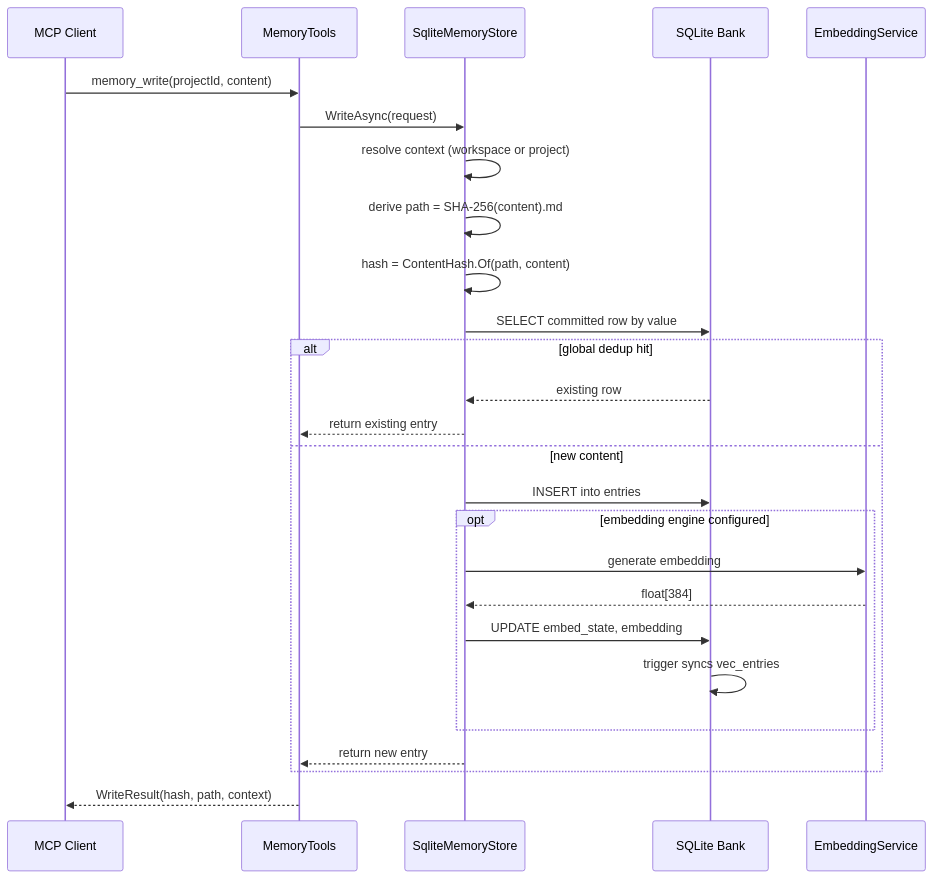
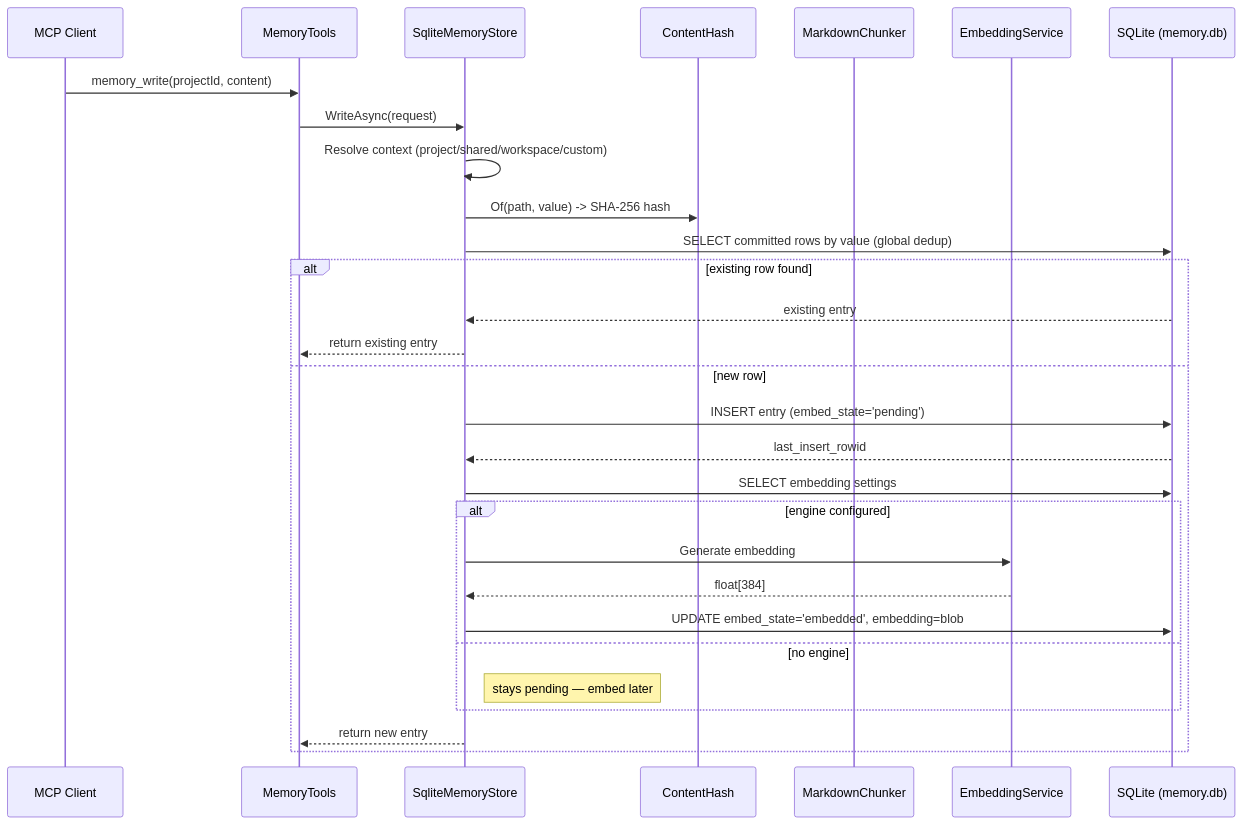
The second of 6 diagrams in docs/explanation/architecture.md (Arasz/ai-raccoon), drawn with Mermaid before and after one commit. The commit also changed other lines of this file, not shown here.

Commit message:
docs: add architecture.md with schema, data flow, query flow, sync cycle, workspace lifecycle, access modes, and algorithm mermaid diagrams

````diff
--- a/docs/explanation/architecture.md
+++ b/docs/explanation/architecture.md
@@ -115,29 +100,32 @@
 ```mermaid
 sequenceDiagram
-  participant CLIENT as MCP Client
-  participant TOOL as MemoryTools
-  participant STORE as SqliteMemoryStore
-  participant DB as SQLite Bank
-  participant EMBED as EmbeddingService
+    participant C as MCP Client
+    participant M as MemoryTools
+    participant S as SqliteMemoryStore
+    participant H as ContentHash
+    participant K as MarkdownChunker
+    participant E as EmbeddingService
+    participant D as SQLite (memory.db)
 
-  CLIENT->>TOOL: memory_write(projectId, content)
-  TOOL->>STORE: WriteAsync(request)
-  STORE->>STORE: resolve context (workspace or project)
-  STORE->>STORE: derive path = SHA-256(content).md
-  STORE->>STORE: hash = ContentHash.Of(path, content)
-  STORE->>DB: SELECT committed row by value
-  alt global dedup hit
-    DB-->>STORE: existing row
-    STORE-->>TOOL: return existing entry
-  else new content
-    STORE->>DB: INSERT into entries
-    opt embedding engine configured
-      STORE->>EMBED: generate embedding
-      EMBED-->>STORE: float[384]
-      STORE->>DB: UPDATE embed_state, embedding
-      DB->>DB: trigger syncs vec_entries
+    C->>M: memory_write(projectId, content)
+    M->>S: WriteAsync(request)
+    S->>S: Resolve context (project/shared/workspace/custom)
+    S->>H: Of(path, value) -> SHA-256 hash
+    S->>D: SELECT committed rows by value (global dedup)
+    alt existing row found
+        D-->>S: existing entry
+        S-->>M: return existing entry
+    else new row
+        S->>D: INSERT entry (embed_state='pending')
+        D-->>S: last_insert_rowid
+        S->>D: SELECT embedding settings
+        alt engine configured
+            S->>E: Generate embedding
+            E-->>S: float[384]
+            S->>D: UPDATE embed_state='embedded', embedding=blob
+        else no engine
+            Note right of S: stays pending — embed later
+        end
+        S-->>M: return new entry
     end
-    STORE-->>TOOL: return new entry
-  end
-  TOOL-->>CLIENT: WriteResult(hash, path, context)
 ```
````
